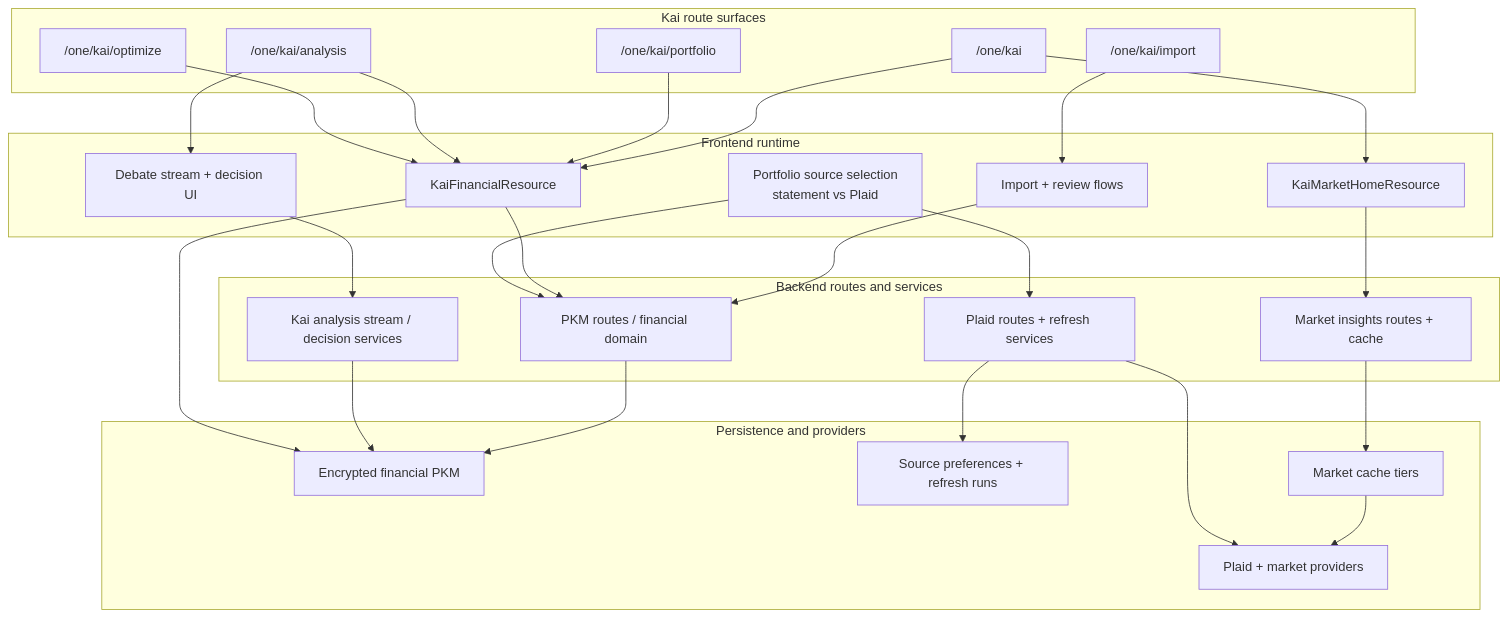
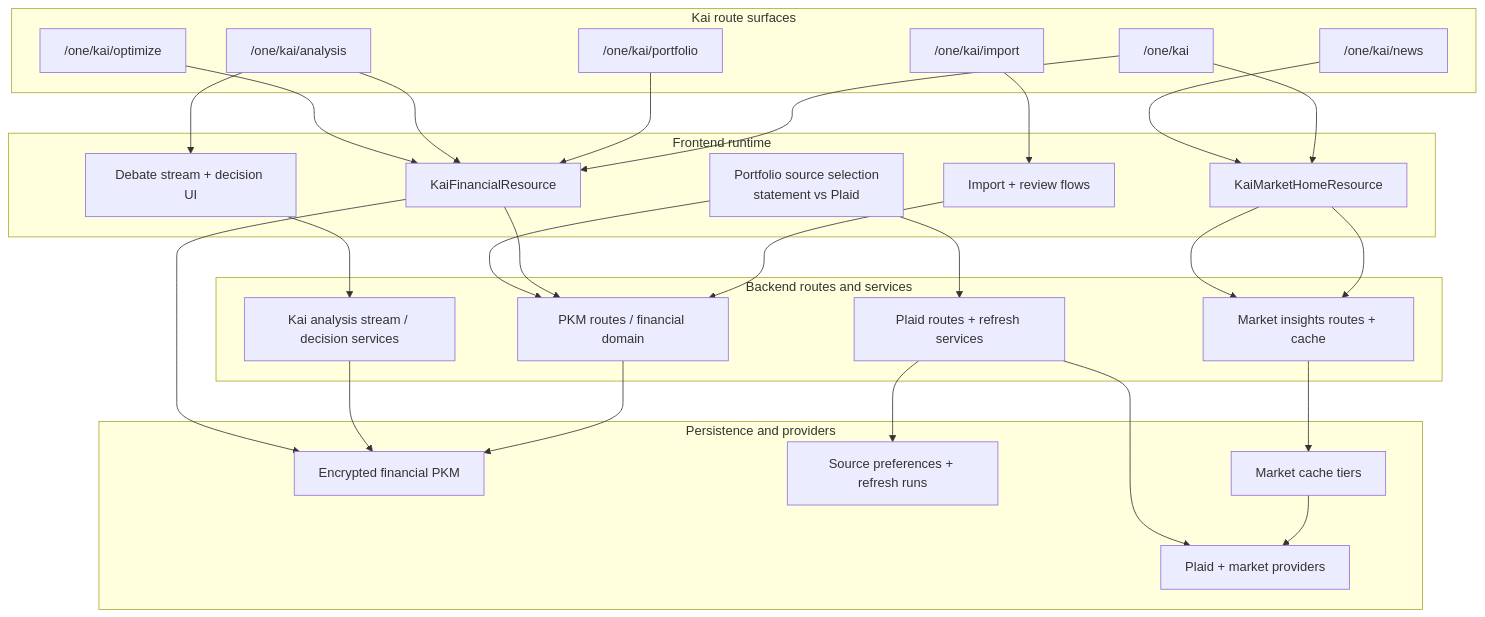
The diagram in docs/reference/kai/kai-interconnection-map.md (hushh-labs/hushh-research), drawn with Mermaid before and after one commit. The commit also changed other lines of this file and 286 other files, not shown here.

````diff
--- a/docs/reference/kai/kai-interconnection-map.md
+++ b/docs/reference/kai/kai-interconnection-map.md
@@ -6,45 +6,47 @@
 ```mermaid
 flowchart TB
   subgraph routes["Kai route surfaces"]
     import["/one/kai/import"]
     home["/one/kai"]
+    news["/one/kai/news"]
     portfolio["/one/kai/portfolio"]
     analysis["/one/kai/analysis"]
     optimize["/one/kai/optimize"]
   end
 
   subgraph frontend["Frontend runtime"]
     flow["Import + review flows"]
     financial["KaiFinancialResource"]
     market["KaiMarketHomeResource"]
     source["Portfolio source selection<br/>statement vs Plaid"]
     stream["Debate stream + decision UI"]
   end
 
   subgraph backend["Backend routes and services"]
     pkm["PKM routes / financial domain"]
     plaid["Plaid routes + refresh services"]
     insights["Market insights routes + cache"]
     debate["Kai analysis stream / decision services"]
   end
 
   subgraph data["Persistence and providers"]
     encrypted["Encrypted financial PKM"]
     prefs["Source preferences + refresh runs"]
     marketcache["Market cache tiers"]
     providers["Plaid + market providers"]
   end
 
   import --> flow --> pkm --> encrypted
   home --> market --> insights --> marketcache --> providers
+  news --> market --> insights
   home --> financial
   portfolio --> financial --> pkm
   analysis --> stream --> debate
   analysis --> financial
   optimize --> financial
   source --> plaid --> prefs
   source --> pkm
   plaid --> providers
   debate --> encrypted
   financial --> encrypted
 ```
````
